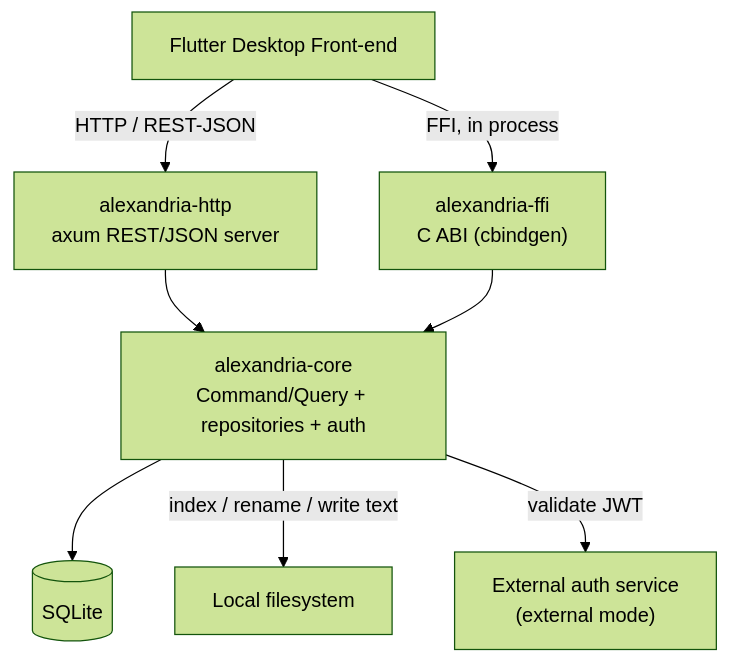
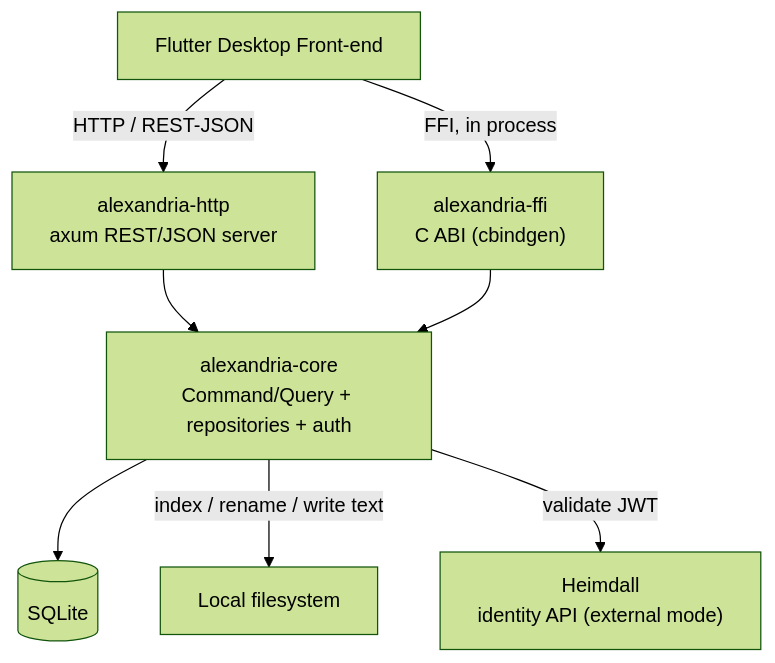
One commit to artur-rios/alexandria-docs changed the first of 4 diagrams in content/en/docs/architecture/_index.md. Above: the diagram before and after it, drawn with Mermaid (forest theme). The commit also changed other lines of this file and 3 other files, not shown here.

First line of the commit message:
docs: name heimdall as the external auth provider

````diff
--- a/content/en/docs/architecture/_index.md
+++ b/content/en/docs/architecture/_index.md
@@ -16,18 +16,18 @@
 ```mermaid
 graph TD
     FL["Flutter Desktop Front-end"]
     HTTP["alexandria-http<br/>axum REST/JSON server"]
     FFI["alexandria-ffi<br/>C ABI (cbindgen)"]
     CORE["alexandria-core<br/>Command/Query + repositories + auth"]
     DB[("SQLite")]
     FS["Local filesystem"]
-    AUTH["External auth service<br/>(external mode)"]
+    AUTH["Heimdall<br/>identity API (external mode)"]
 
     FL -->|HTTP / REST-JSON| HTTP
     FL -->|FFI, in process| FFI
     HTTP --> CORE
     FFI --> CORE
     CORE --> DB
     CORE -->|index / rename / write text| FS
     CORE -->|validate JWT| AUTH
 ```
````
